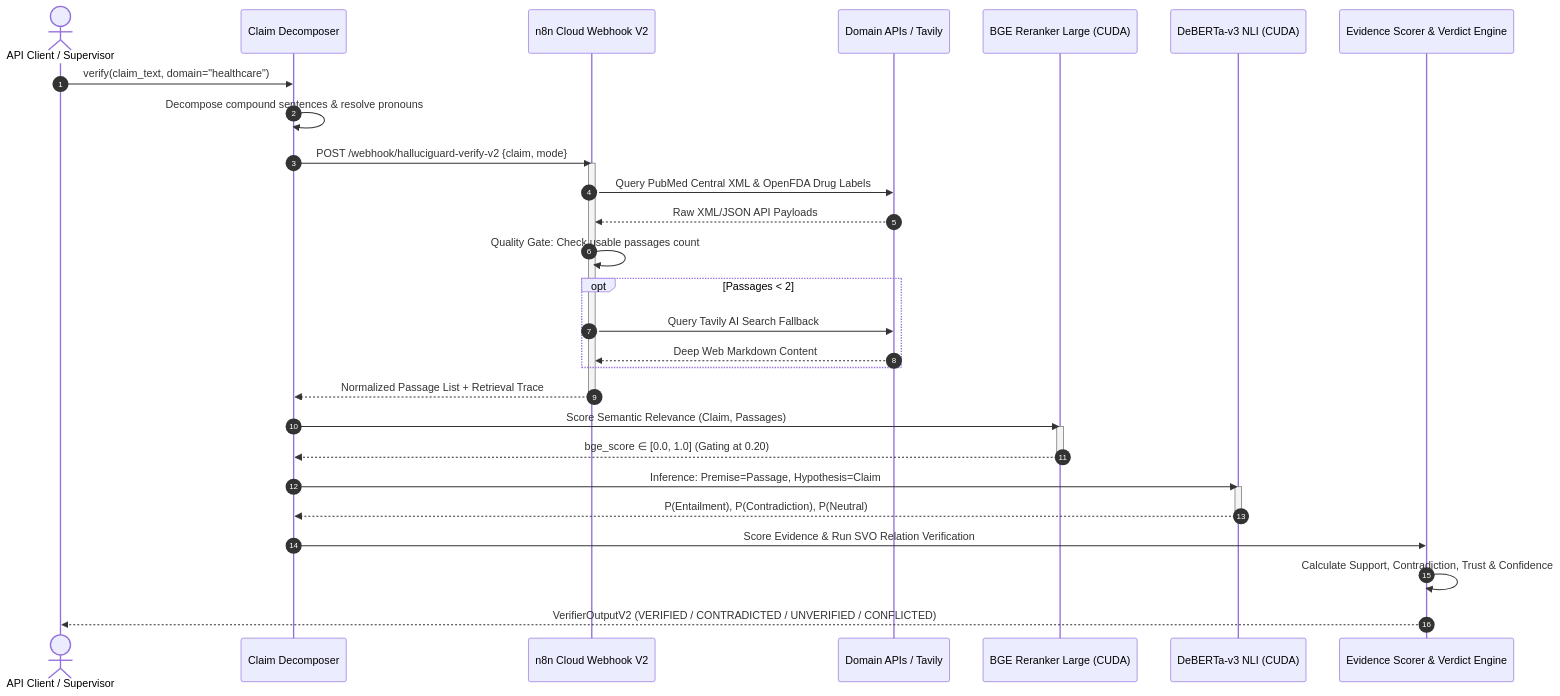
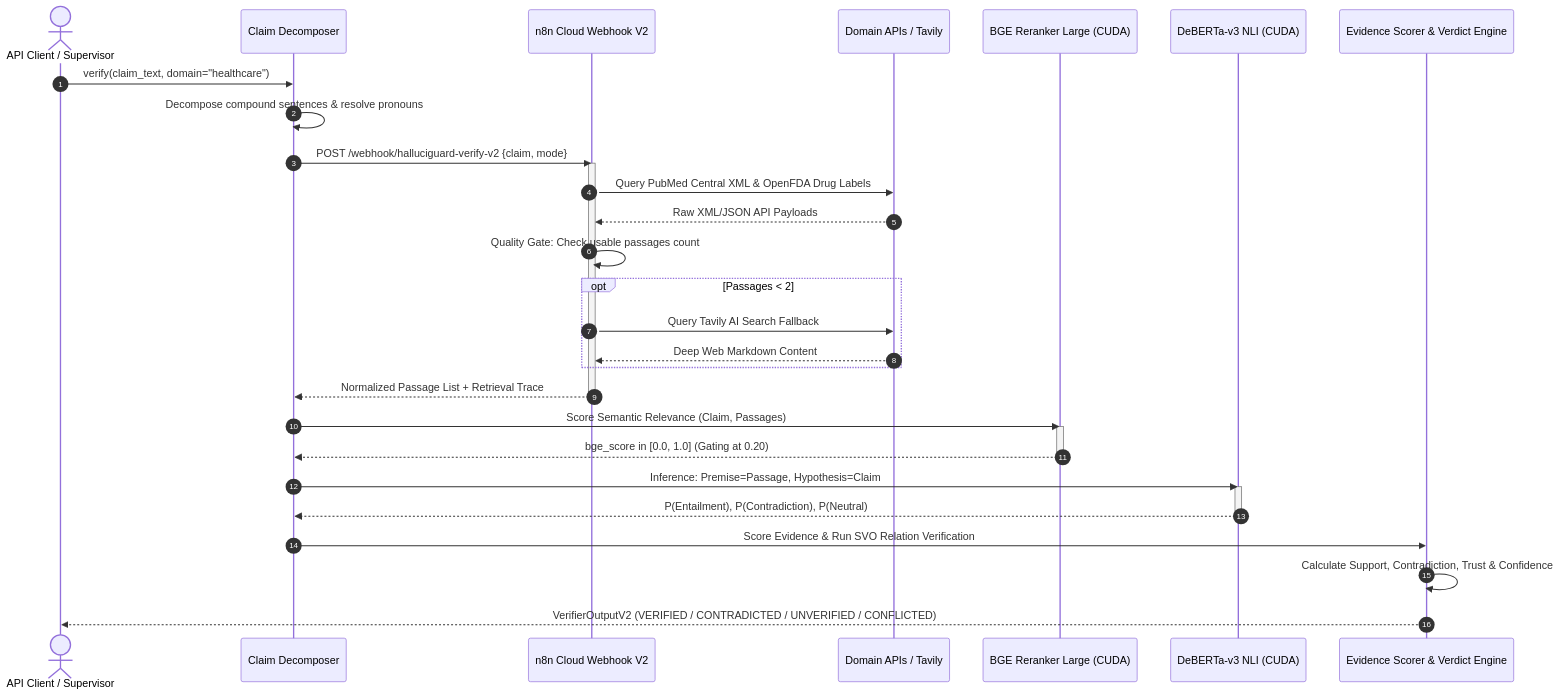
One commit to Manju10092006/HalluciGuard changed the second of 4 diagrams in agents/verifier_agent/README.md. Above: the diagram before and after it, drawn with Mermaid. The commit also changed other lines of this file, not shown here.

Commit message:
docs(verifier): fix LaTeX math underscore syntax and Mermaid pipe formatting

````diff
--- a/agents/verifier_agent/README.md
+++ b/agents/verifier_agent/README.md
@@ -147,36 +147,36 @@
 ```mermaid
 sequenceDiagram
     autonumber
     actor Caller as API Client / Supervisor
     participant VD as Claim Decomposer
     participant N8N as n8n Cloud Webhook V2
     participant SRC as Domain APIs / Tavily
     participant BGE as BGE Reranker Large (CUDA)
     participant NLI as DeBERTa-v3 NLI (CUDA)
     participant SCR as Evidence Scorer & Verdict Engine
 
     Caller->>VD: verify(claim_text, domain="healthcare")
     VD->>VD: Decompose compound sentences & resolve pronouns
     VD->>N8N: POST /webhook/halluciguard-verify-v2 {claim, mode}
     activate N8N
     N8N->>SRC: Query PubMed Central XML & OpenFDA Drug Labels
     SRC-->>N8N: Raw XML/JSON API Payloads
     N8N->>N8N: Quality Gate: Check usable passages count
     opt Passages < 2
         N8N->>SRC: Query Tavily AI Search Fallback
         SRC-->>N8N: Deep Web Markdown Content
     end
     N8N-->>VD: Normalized Passage List + Retrieval Trace
     deactivate N8N
     VD->>BGE: Score Semantic Relevance (Claim, Passages)
     activate BGE
-    BGE-->>VD: bge_score ∈ [0.0, 1.0] (Gating at 0.20)
+    BGE-->>VD: bge_score in [0.0, 1.0] (Gating at 0.20)
     deactivate BGE
     VD->>NLI: Inference: Premise=Passage, Hypothesis=Claim
     activate NLI
     NLI-->>VD: P(Entailment), P(Contradiction), P(Neutral)
     deactivate NLI
     VD->>SCR: Score Evidence & Run SVO Relation Verification
     SCR->>SCR: Calculate Support, Contradiction, Trust & Confidence
     SCR-->>Caller: VerifierOutputV2 (VERIFIED / CONTRADICTED / UNVERIFIED / CONFLICTED)
 ```
````
